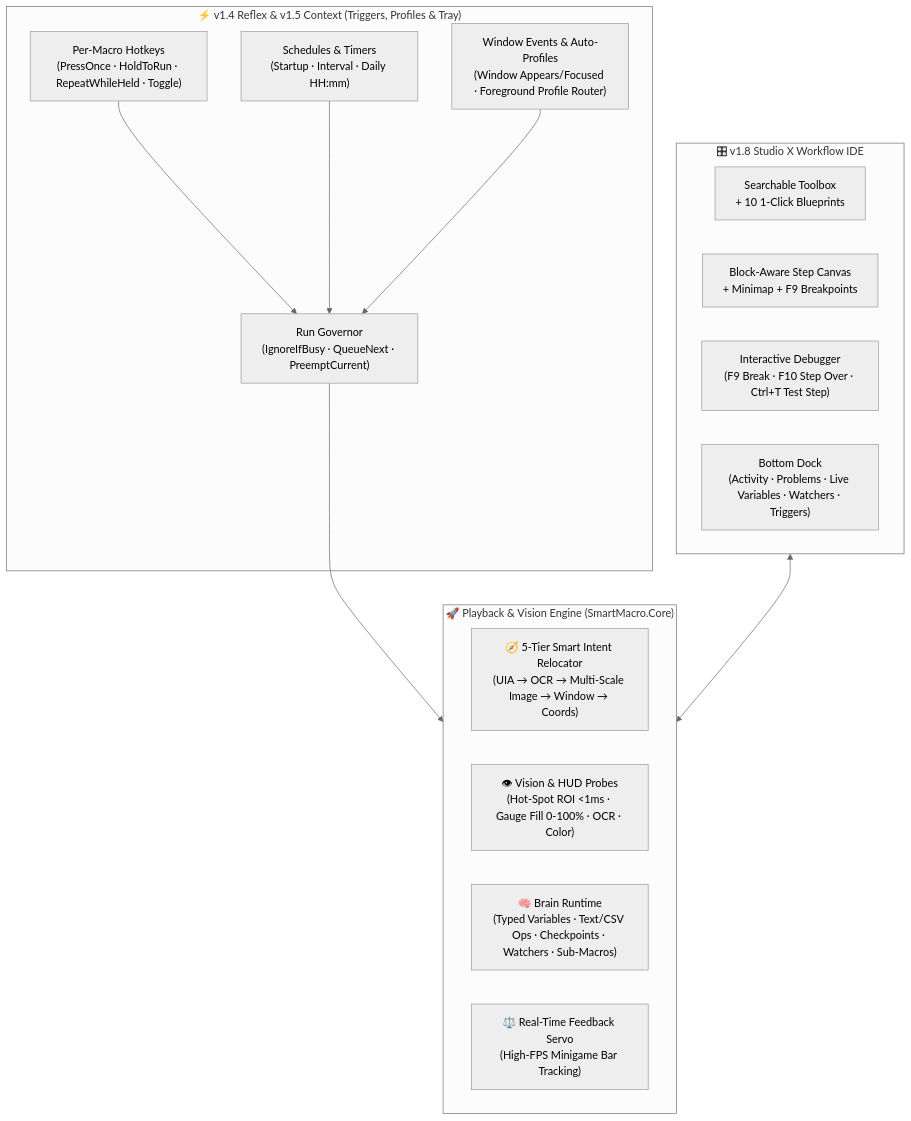
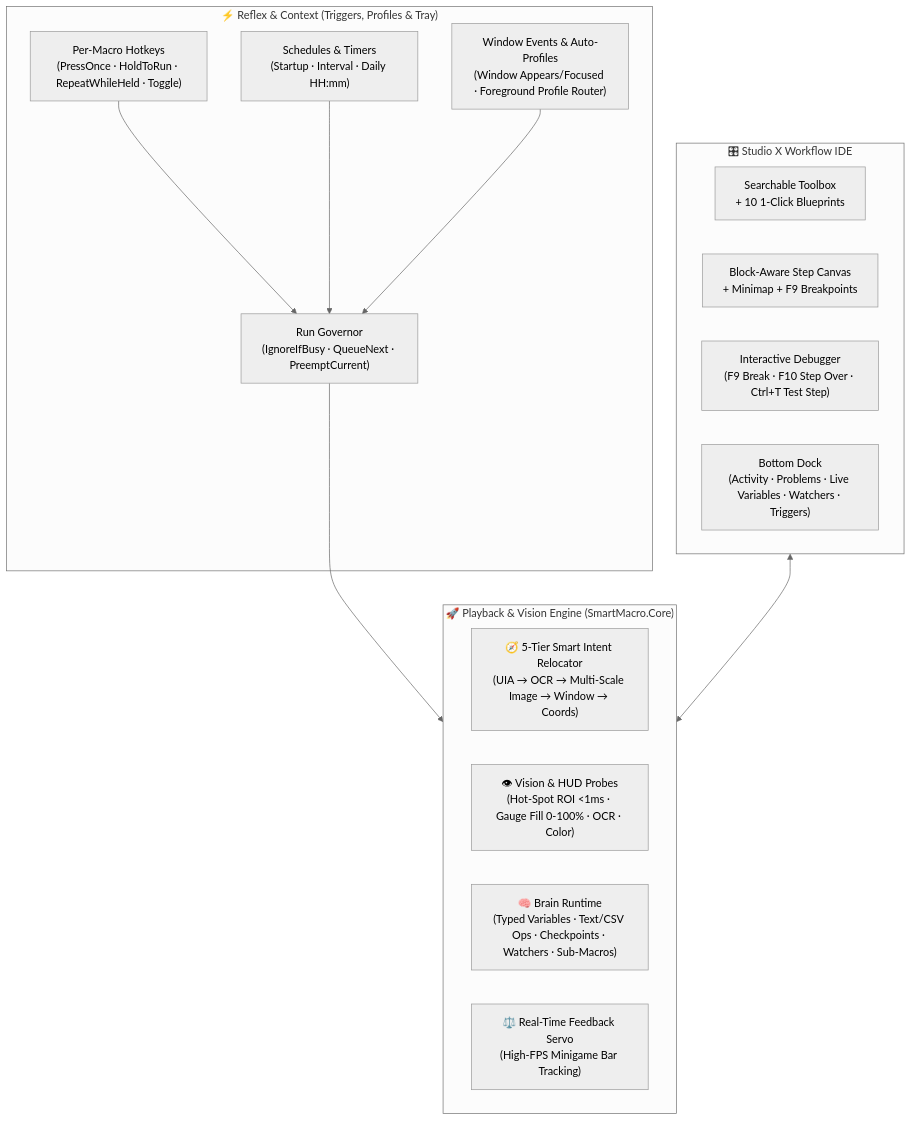
Before and after one commit to nenesakura-39/SmartMacro: the diagram in README.md, drawn with Mermaid (neutral theme). The commit also changed other lines of this file and 68 other files, not shown here.

````diff
--- a/README.md
+++ b/README.md
@@ -13,27 +13,27 @@
 ```mermaid
 flowchart TB
-    subgraph Triggers["⚡ v1.4 Reflex & v1.5 Context (Triggers, Profiles & Tray)"]
+    subgraph Triggers["⚡ Reflex & Context (Triggers, Profiles & Tray)"]
         HK["Per-Macro Hotkeys\n(PressOnce · HoldToRun · RepeatWhileHeld · Toggle)"]
         SCHED["Schedules & Timers\n(Startup · Interval · Daily HH:mm)"]
         WIN["Window Events & Auto-Profiles\n(Window Appears/Focused · Foreground Profile Router)"]
         GOV["Run Governor\n(IgnoreIfBusy · QueueNext · PreemptCurrent)"]
         HK & SCHED & WIN --> GOV
     end
 
-    subgraph Studio["🎛 v1.8 Studio X Workflow IDE"]
+    subgraph Studio["🎛 Studio X Workflow IDE"]
         TB["Searchable Toolbox\n+ 10 1-Click Blueprints"]
         CANVAS["Block-Aware Step Canvas\n+ Minimap + F9 Breakpoints"]
         DBG["Interactive Debugger\n(F9 Break · F10 Step Over · Ctrl+T Test Step)"]
         DOCK["Bottom Dock\n(Activity · Problems · Live Variables · Watchers · Triggers)"]
     end
 
     subgraph Engine["🚀 Playback & Vision Engine (SmartMacro.Core)"]
         INTENT["🧭 5-Tier Smart Intent Relocator\n(UIA → OCR → Multi-Scale Image → Window → Coords)"]
         VISION["👁 Vision & HUD Probes\n(Hot-Spot ROI <1ms · Gauge Fill 0-100% · OCR · Color)"]
         BRAIN["🧠 Brain Runtime\n(Typed Variables · Text/CSV Ops · Checkpoints · Watchers · Sub-Macros)"]
         SERVO["⚖️ Real-Time Feedback Servo\n(High-FPS Minigame Bar Tracking)"]
     end
 
     GOV --> Engine
     Studio <--> Engine
 ```
````
